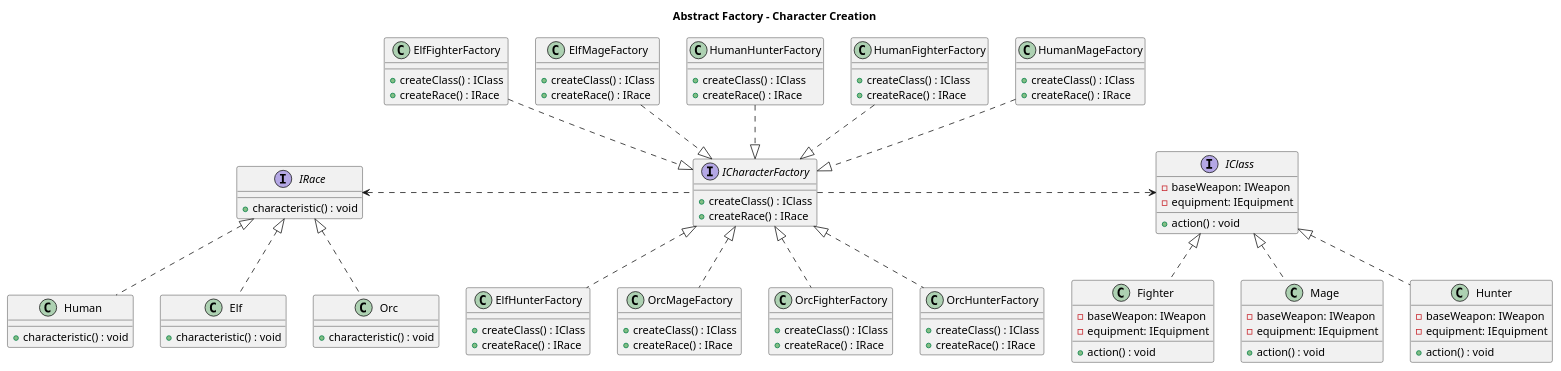
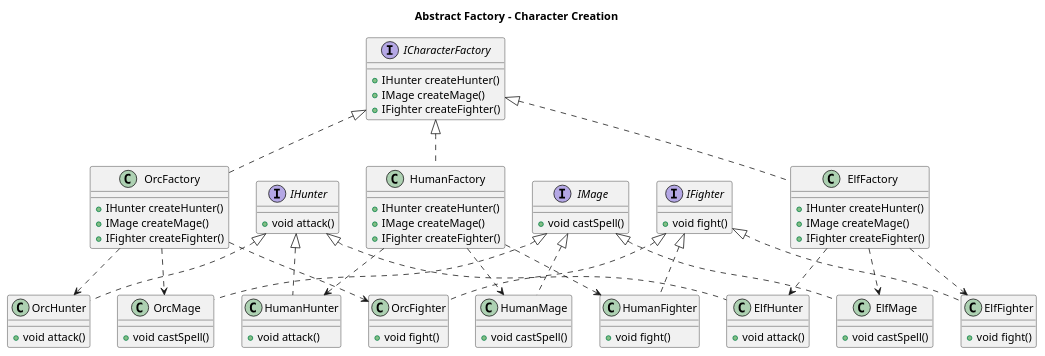
The diagram in UML/Abstract Factory/character.abstract-factory.plantuml (project-survivor/documentation), drawn with PlantUML before and after one commit. The commit also changed 11 other files, not shown here.

```diff
--- a/UML/Abstract Factory/character.abstract-factory.plantuml
+++ b/UML/Abstract Factory/character.abstract-factory.plantuml
@@ -1,108 +1,90 @@
 @startuml
 title Abstract Factory - Character Creation
 
-interface IClass {
- -baseWeapon: IWeapon
- -equipment: IEquipment
- + action() : void
+interface IHunter {
+    + void attack()
 }
 
-class Fighter implements IClass {
-  -baseWeapon: IWeapon
-  -equipment: IEquipment
-  + action() : void
+interface IMage {
+    + void castSpell()
 }
 
-class Mage implements IClass {
-  -baseWeapon: IWeapon
-  -equipment: IEquipment
-  + action() : void
+interface IFighter {
+    + void fight()
 }
 
-class Hunter implements IClass{
-  -baseWeapon: IWeapon
-  -equipment: IEquipment
-  + action() : void
+class OrcHunter implements IHunter {
+    + void attack()
 }
 
-interface IRace {
- + characteristic() : void
+class HumanHunter implements IHunter {
+    + void attack()
 }
 
-class Human implements IRace {
-  + characteristic() : void
+class ElfHunter implements IHunter {
+    + void attack()
 }
 
-class Elf implements IRace {
-  + characteristic() : void
+class OrcMage implements IMage {
+    + void castSpell()
 }
 
-class Orc implements IRace {
-  + characteristic() : void
+class HumanMage implements IMage {
+    + void castSpell()
+}
+
+class ElfMage implements IMage {
+    + void castSpell()
+}
+
+class OrcFighter implements IFighter {
+    + void fight()
+}
+
+class HumanFighter implements IFighter {
+    + void fight()
+}
+
+class ElfFighter implements IFighter {
+    + void fight()
 }
 
 interface ICharacterFactory {
-  + createClass() : IClass
-  + createRace() : IRace
+    + IHunter createHunter()
+    + IMage createMage()
+    + IFighter createFighter()
 }
 
-class HumanMageFactory   {
-  + createClass() : IClass
-  + createRace() : IRace
+class OrcFactory implements ICharacterFactory {
+    + IHunter createHunter()
+    + IMage createMage()
+    + IFighter createFighter()
 }
 
-class HumanFighterFactory   {
-  + createClass() : IClass
-  + createRace() : IRace
+class HumanFactory implements ICharacterFactory {
+    + IHunter createHunter()
+    + IMage createMage()
+    + IFighter createFighter()
 }
 
-class HumanHunterFactory   {
-  + createClass() : IClass
-  + createRace() : IRace
+class ElfFactory implements ICharacterFactory {
+    + IHunter createHunter()
+    + IMage createMage()
+    + IFighter createFighter()
 }
 
-class ElfMageFactory   {
-  + createClass() : IClass
-  + createRace() : IRace
-}
 
-class ElfFighterFactory   {
-  + createClass() : IClass
-  + createRace() : IRace
-}
+OrcFactory ..> OrcHunter
+OrcFactory ..> OrcMage
+OrcFactory ..> OrcFighter
 
-class ElfHunterFactory   {
-  + createClass() : IClass
-  + createRace() : IRace
-}
+HumanFactory ..> HumanHunter
+HumanFactory ..> HumanMage
+HumanFactory ..> HumanFighter
 
-class OrcMageFactory   {
-  + createClass() : IClass
-  + createRace() : IRace
-}
-
-class OrcFighterFactory   {
-  + createClass() : IClass
-  + createRace() : IRace
-}
-
-class OrcHunterFactory   {
-  + createClass() : IClass
-  + createRace() : IRace
-}
-
-ICharacterFactory <|.up. HumanMageFactory
-ICharacterFactory <|.up. HumanFighterFactory
-ICharacterFactory <|.up. HumanHunterFactory
-ICharacterFactory <|.up. ElfMageFactory
-ICharacterFactory <|.up. ElfFighterFactory
-ICharacterFactory <|.down. ElfHunterFactory
-ICharacterFactory <|.down. OrcMageFactory
-ICharacterFactory <|.down. OrcFighterFactory
-ICharacterFactory <|.down. OrcHunterFactory
+ElfFactory ..> ElfHunter
+ElfFactory ..> ElfMage
+ElfFactory ..> ElfFighter
 
 
-ICharacterFactory .-left-.> IRace 
-ICharacterFactory .-right-.> IClass
-
 @enduml
```
